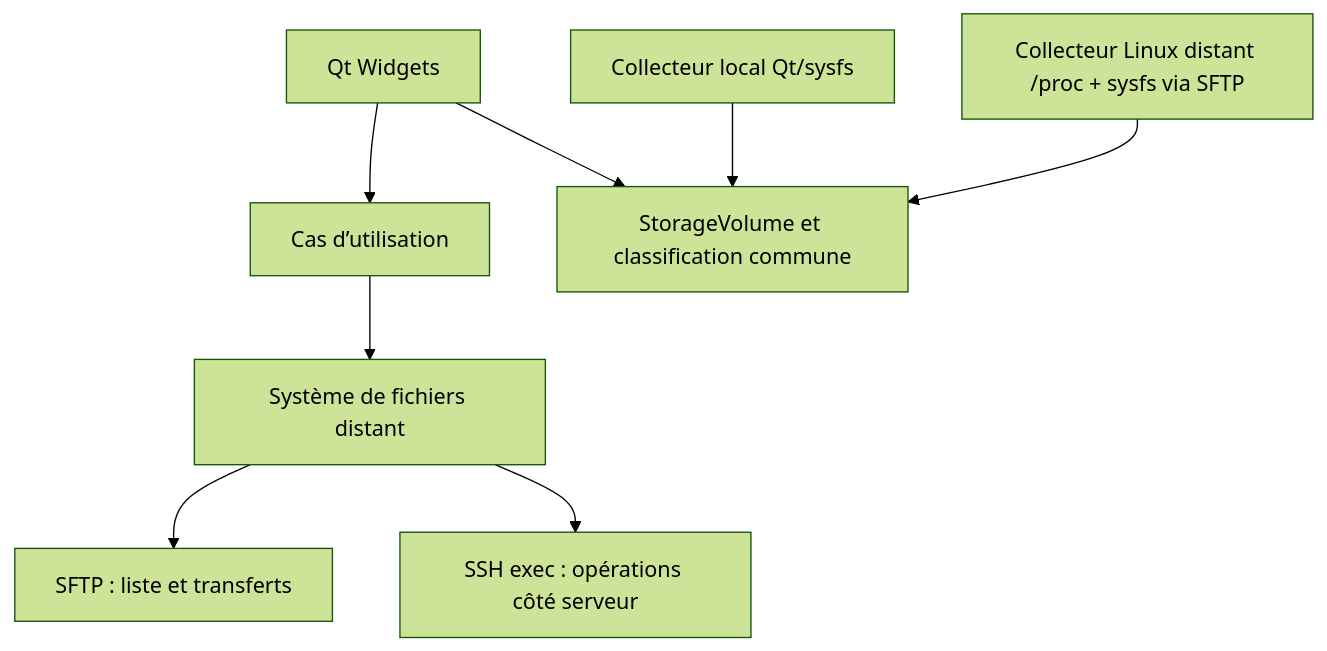
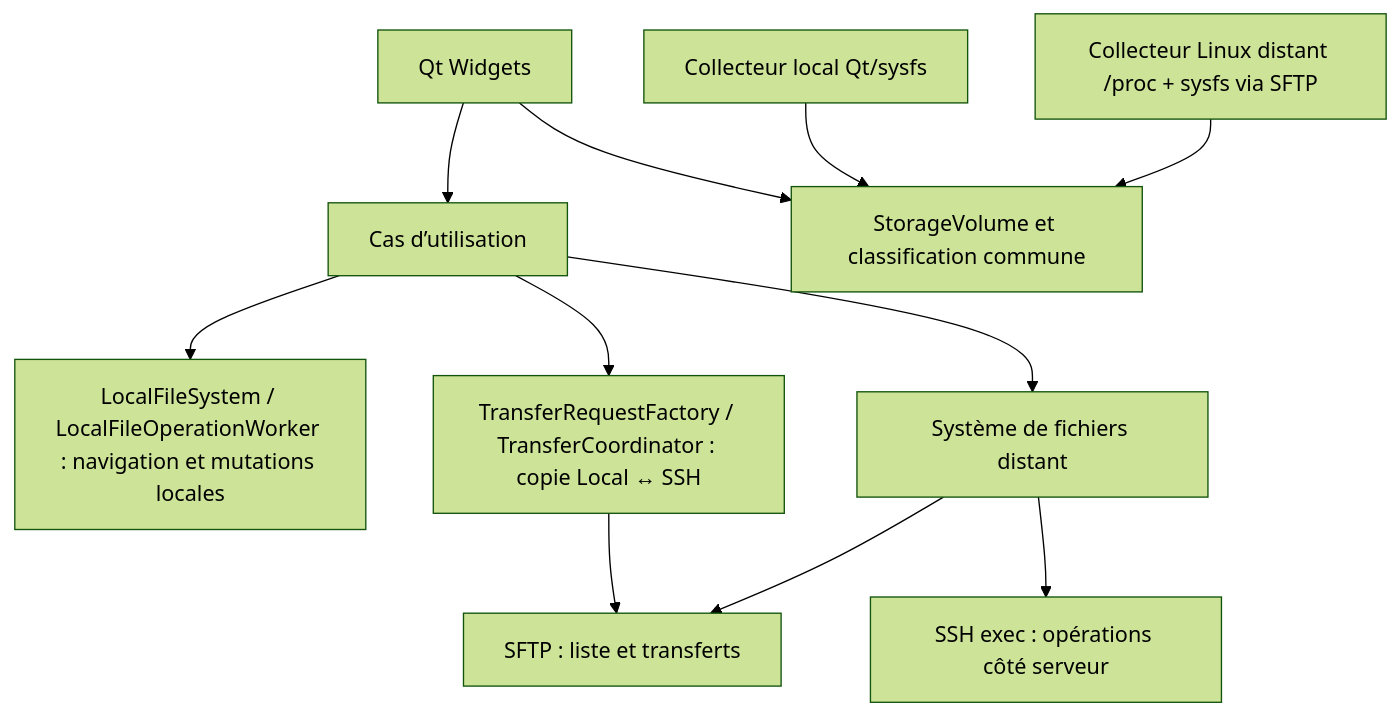
One commit to legab06/RemoteFileManager changed the diagram in docs/architecture.md. Above: the diagram before and after it, drawn with Mermaid (forest theme). The commit also changed other lines of this file and 3 other files, not shown here.

````diff
--- a/docs/architecture.md
+++ b/docs/architecture.md
@@ -16,10 +16,13 @@
 ```mermaid
 flowchart TD
     UI["Qt Widgets"] --> UC["Cas d’utilisation"]
+    UC --> LOCALFS["LocalFileSystem / LocalFileOperationWorker : navigation et mutations locales"]
     UC --> FS["Système de fichiers distant"]
+    UC --> TRANSFER["TransferRequestFactory / TransferCoordinator : copie Local ↔ SSH"]
+    TRANSFER --> SFTP
     FS --> SFTP["SFTP : liste et transferts"]
     FS --> EXEC["SSH exec : opérations côté serveur"]
     UI --> STORAGE["StorageVolume et classification commune"]
     LOCAL["Collecteur local Qt/sysfs"] --> STORAGE
     REMOTE["Collecteur Linux distant /proc + sysfs via SFTP"] --> STORAGE
 ```
````
